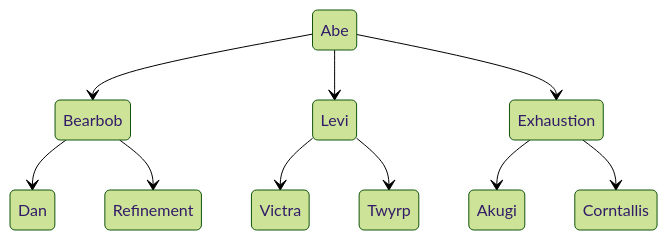
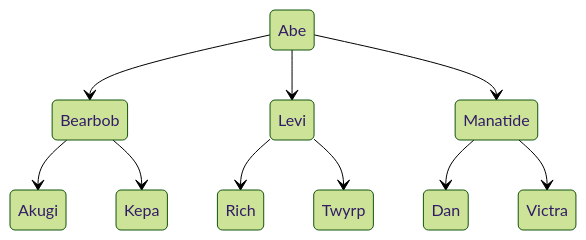
The fifth of 10 diagrams in wepulled/swp/README.md (leemWF/READMEVault), drawn with Mermaid (forest theme) before and after one commit. The commit also changed other lines of this file, not shown here.

````diff
--- a/wepulled/swp/README.md
+++ b/wepulled/swp/README.md
@@ -110,23 +107,23 @@
 ```mermaid
 stateDiagram-v2
     t1: Abe
     h1: Bearbob
     h2: Levi
-    h3: Exhaustion
-    r1: Dan
-    r2: Refinement
-    r3: Victra
+    h3: Manatide
+    r1: Akugi
+    r2: Kepa
+    r3: Rich
     r4: Twyrp
-    r5: Akugi
-    r6: Corntallis
+    r5: Dan
+    r6: Victra
 
     t1 --> h1
     t1 --> h2
     t1 --> h3
     h1 --> r1
     h1 --> r2
     h2 --> r3
     h2 --> r4
     h3 --> r5
     h3 --> r6
 ```
````
